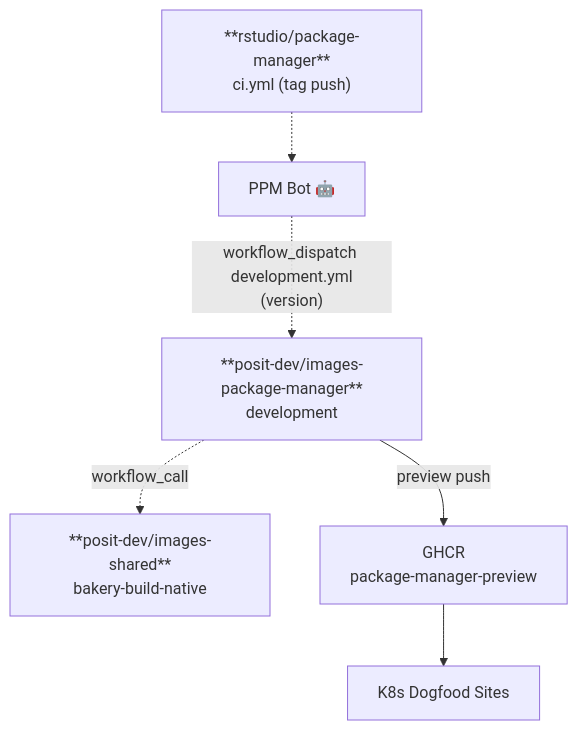
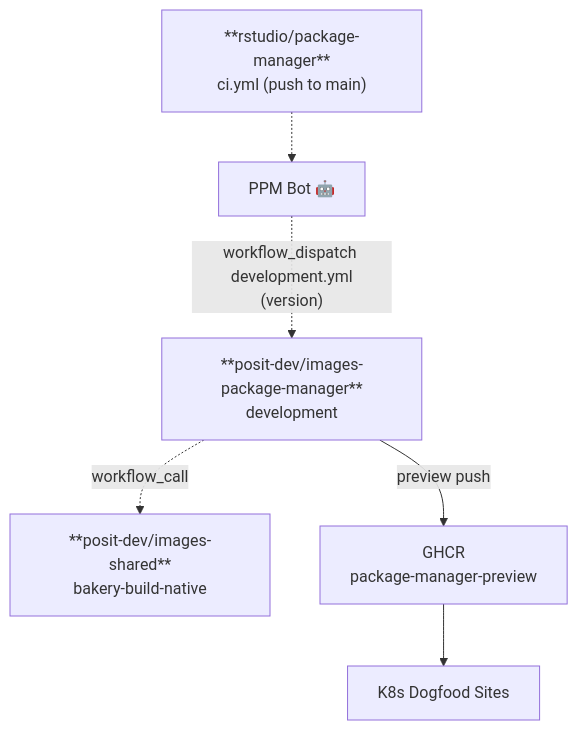
One commit to posit-dev/images-shared changed the ninth of 9 diagrams in docs/cross-repo-dag.md. Above: the diagram before and after it, drawn with Mermaid. The commit also changed other lines of this file, not shown here.

````diff
--- a/docs/cross-repo-dag.md
+++ b/docs/cross-repo-dag.md
@@ -318,22 +318,22 @@
 ```mermaid
 graph TD
-    PROD["**rstudio/package-manager**<br/>ci.yml (tag push)"]
+    PROD["**rstudio/package-manager**<br/>ci.yml (push to main)"]
     BOT["PPM Bot 🤖"]
 
     PROD -.-> BOT
     BOT -.->|"workflow_dispatch development.yml<br/>(version)"| IMG_DEV
 
     SHARED["**posit-dev/images-shared**<br/>bakery-build-native"]
 
     IMG_DEV["**posit-dev/images-package-manager**<br/>development"]
 
     IMG_DEV -.->|workflow_call| SHARED
 
     IMG_DEV -->|preview push| GHCR
 
     GHCR["GHCR<br/>package-manager-preview"]
 
     GHCR --> K8S
 
     K8S["K8s Dogfood Sites"]
 ```
````
